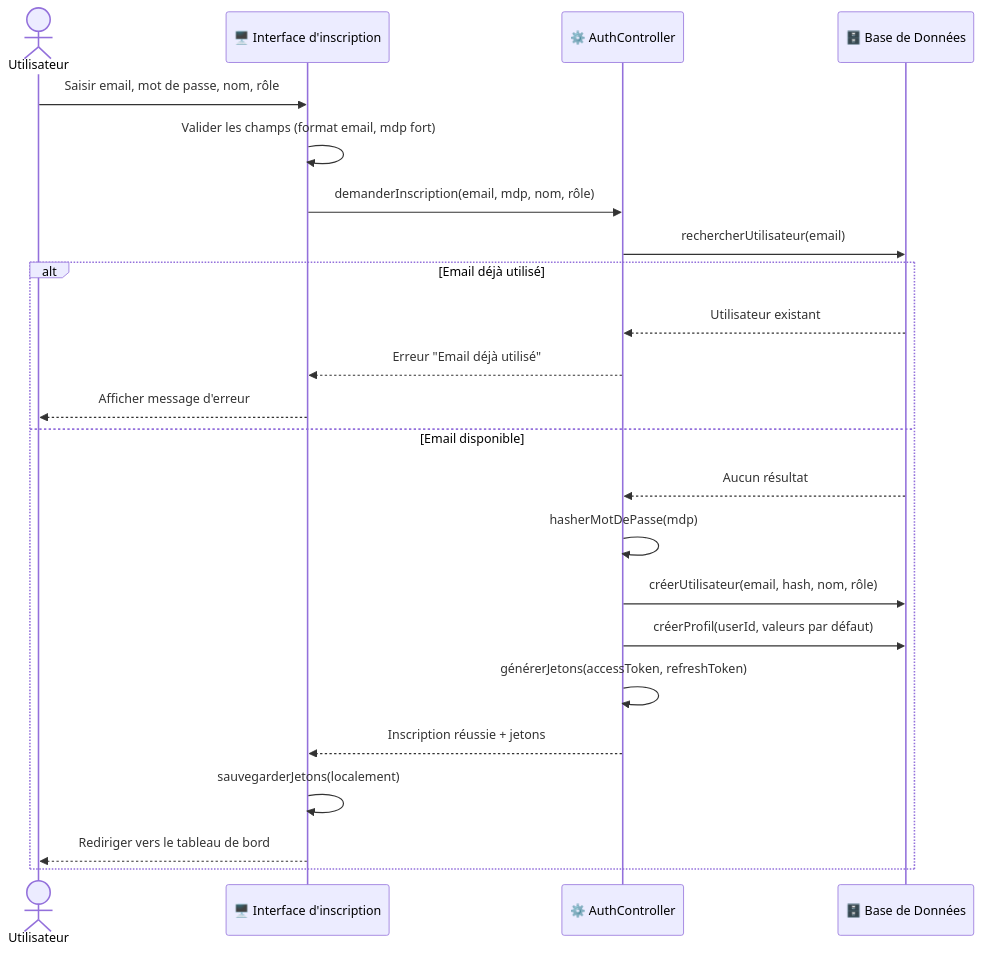
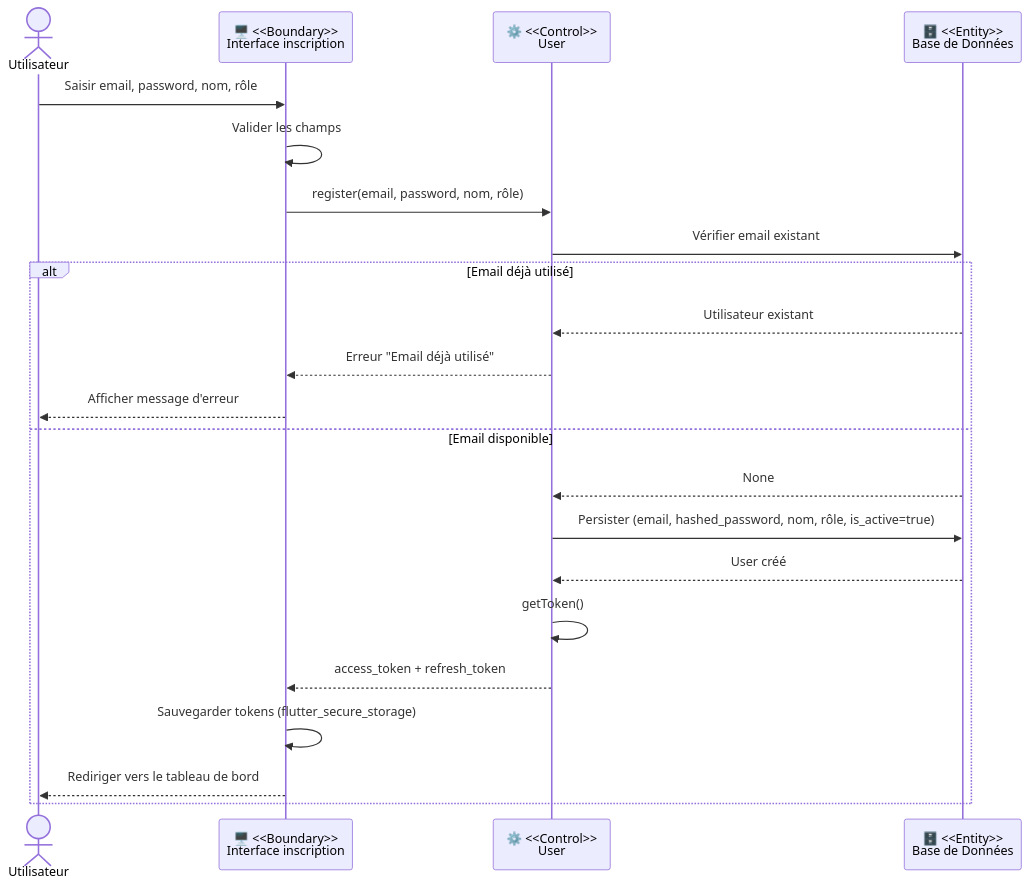
The first of 20 diagrams in docs/Conception_DiagrammeSequence.md (Jkacem/smart_focus), drawn with Mermaid before and after one commit. The commit also changed other lines of this file and 31 other files, not shown here.

````diff
--- a/docs/Conception_DiagrammeSequence.md
+++ b/docs/Conception_DiagrammeSequence.md
@@ -22,27 +26,26 @@
 ```mermaid
 sequenceDiagram
     actor Utilisateur
-    participant B as 🖥️ Interface d'inscription
-    participant C as ⚙️ AuthController
-    participant E as 🗄️ Base de Données
+    participant B  as 🖥️ <<Boundary>><br/>Interface inscription
+    participant U  as ⚙️ <<Control>><br/>User
+    participant E  as 🗄️ <<Entity>><br/>Base de Données
 
-    Utilisateur->>B: Saisir email, mot de passe, nom, rôle
-    B->>B: Valider les champs (format email, mdp fort)
-    B->>C: demanderInscription(email, mdp, nom, rôle)
-    C->>E: rechercherUtilisateur(email)
+    Utilisateur->>B: Saisir email, password, nom, rôle
+    B->>B: Valider les champs
+    B->>U: register(email, password, nom, rôle)
+    U->>E: Vérifier email existant
 
     alt Email déjà utilisé
-        E-->>C: Utilisateur existant
-        C-->>B: Erreur "Email déjà utilisé"
+        E-->>U: Utilisateur existant
+        U-->>B: Erreur "Email déjà utilisé"
         B-->>Utilisateur: Afficher message d'erreur
     else Email disponible
-        E-->>C: Aucun résultat
-        C->>C: hasherMotDePasse(mdp)
-        C->>E: créerUtilisateur(email, hash, nom, rôle)
-        C->>E: créerProfil(userId, valeurs par défaut)
-        C->>C: générerJetons(accessToken, refreshToken)
-        C-->>B: Inscription réussie + jetons
-        B->>B: sauvegarderJetons(localement)
+        E-->>U: None
+        U->>E: Persister (email, hashed_password, nom, rôle, is_active=true)
+        E-->>U: User créé
+        U->>U: getToken()
+        U-->>B: access_token + refresh_token
+        B->>B: Sauvegarder tokens (flutter_secure_storage)
         B-->>Utilisateur: Rediriger vers le tableau de bord
     end
 ```
````
